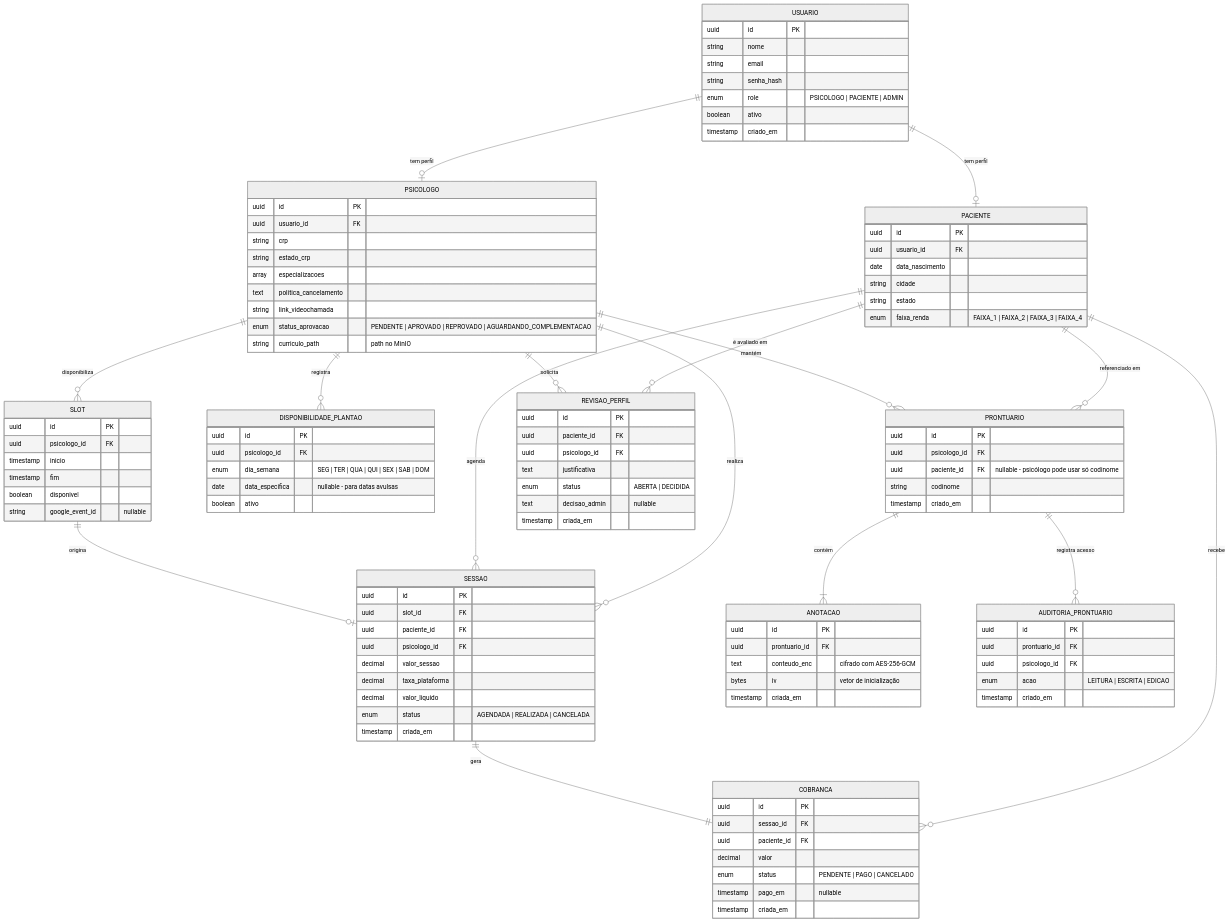
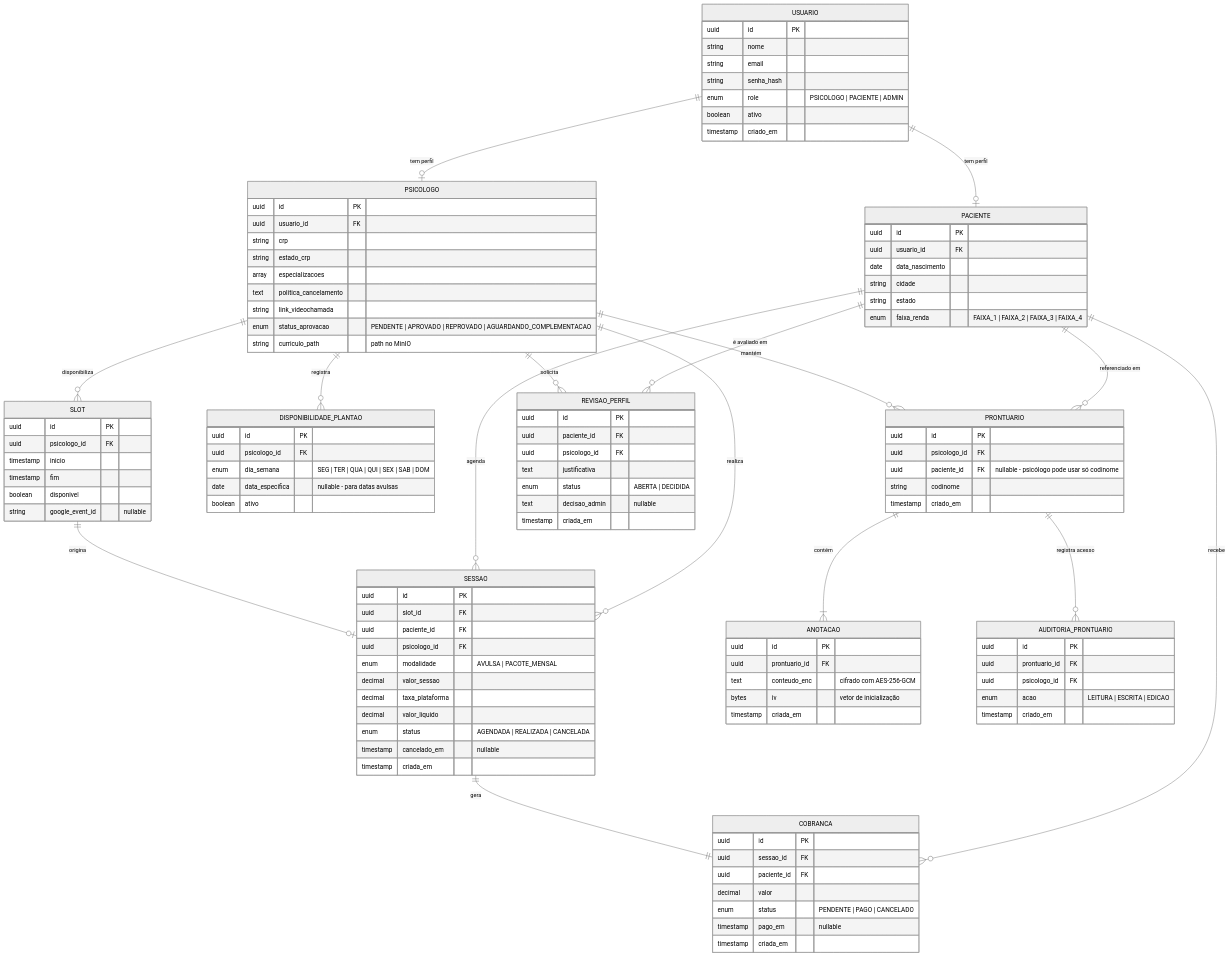
Before and after one commit to CeciliaaPaiva/universo-psicologo: the diagram in docs/ER-UniPsi.md, drawn with Mermaid (neutral theme). The commit also changed other lines of this file and 5 other files, not shown here.

```diff
--- a/docs/ER-UniPsi.md
+++ b/docs/ER-UniPsi.md
@@ -54,10 +54,12 @@
         uuid      slot_id         FK
         uuid      paciente_id     FK
         uuid      psicologo_id    FK
+        enum      modalidade      "AVULSA | PACOTE_MENSAL"
         decimal   valor_sessao
         decimal   taxa_plataforma
         decimal   valor_liquido
         enum      status          "AGENDADA | REALIZADA | CANCELADA"
+        timestamp cancelado_em    "nullable"
         timestamp criada_em
     }
 
```
